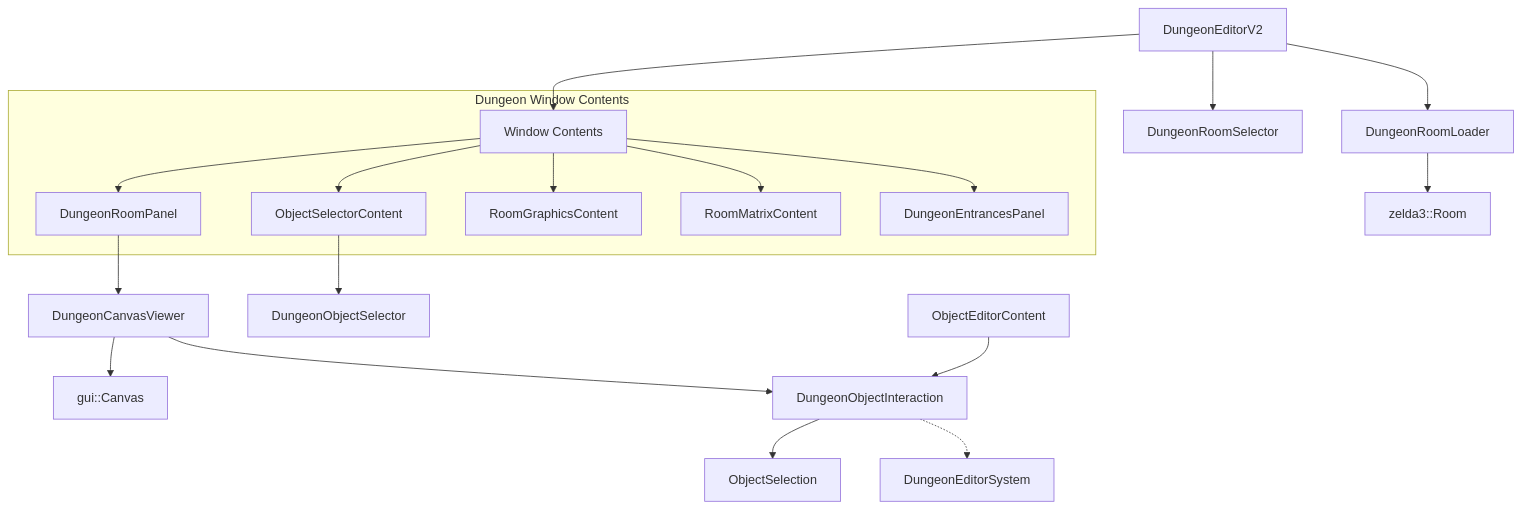
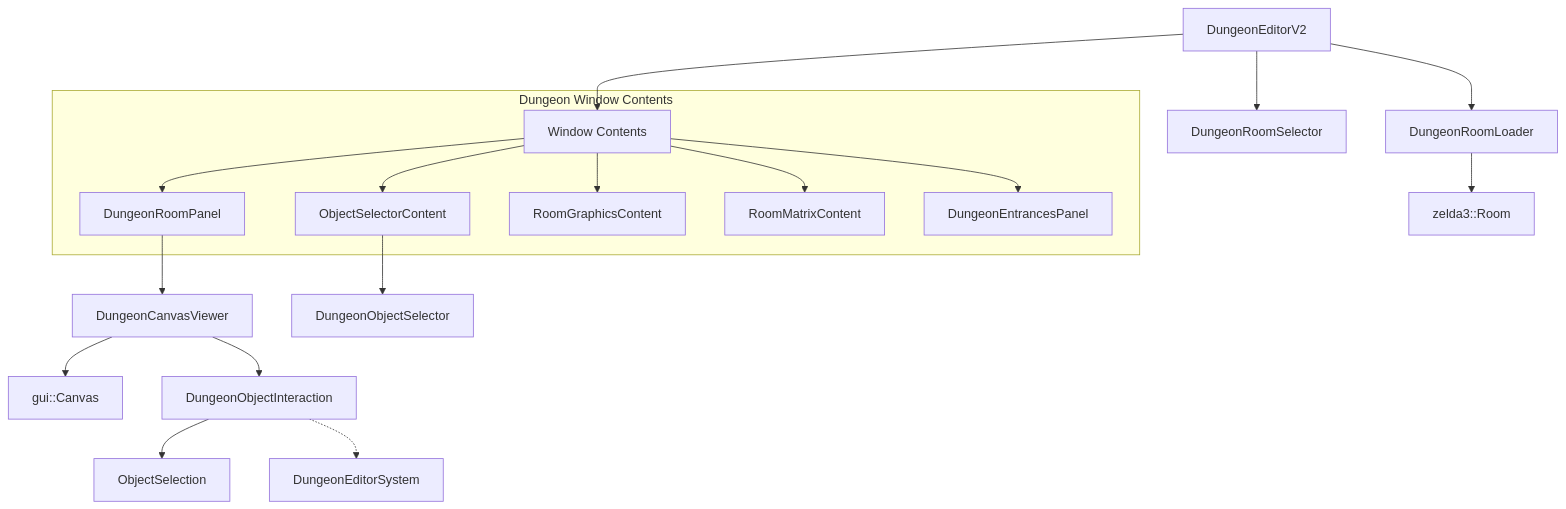
The diagram in src/app/editor/dungeon/README.md (scawful/yaze), drawn with Mermaid before and after one commit. The commit also changed other lines of this file and 24 other files, not shown here.

````diff
--- a/src/app/editor/dungeon/README.md
+++ b/src/app/editor/dungeon/README.md
@@ -9,26 +9,25 @@
 ```mermaid
 graph TD
     Editor[DungeonEditorV2] --> Loader[DungeonRoomLoader]
     Editor --> Selector[DungeonRoomSelector]
     Editor --> Contents[Window Contents]
 
     subgraph "Dungeon Window Contents"
         Contents --> RoomPanel[DungeonRoomPanel]
         Contents --> SelectorContent[ObjectSelectorContent]
         Contents --> GraphicsContent[RoomGraphicsContent]
         Contents --> MatrixContent[RoomMatrixContent]
         Contents --> EntranceContent[DungeonEntrancesPanel]
     end
 
     RoomPanel --> Viewer[DungeonCanvasViewer]
     Viewer --> Canvas[gui::Canvas]
     Viewer --> Interaction[DungeonObjectInteraction]
 
     Interaction --> Selection[ObjectSelection]
     Interaction -.-> System[DungeonEditorSystem]
 
     SelectorContent --> ObjSelector[DungeonObjectSelector]
-    EditorContent[ObjectEditorContent] --> Interaction
 
     Loader --> RomData[zelda3::Room]
 ```
````
